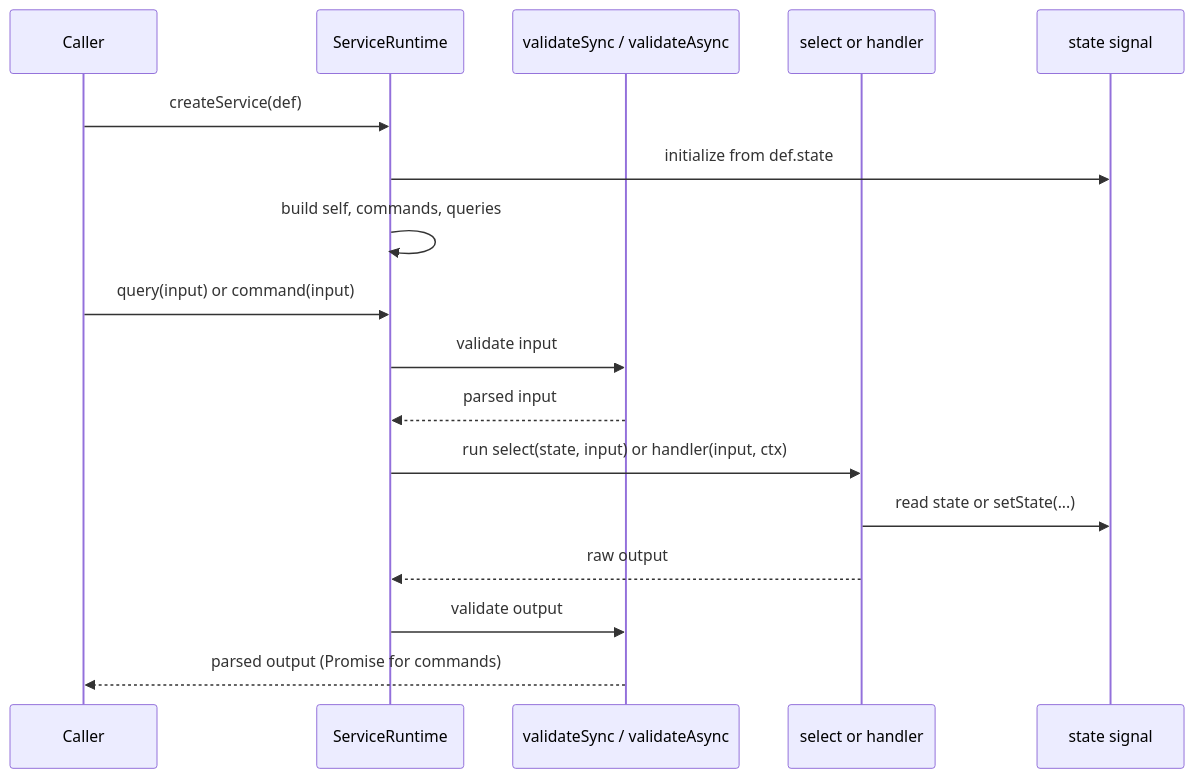
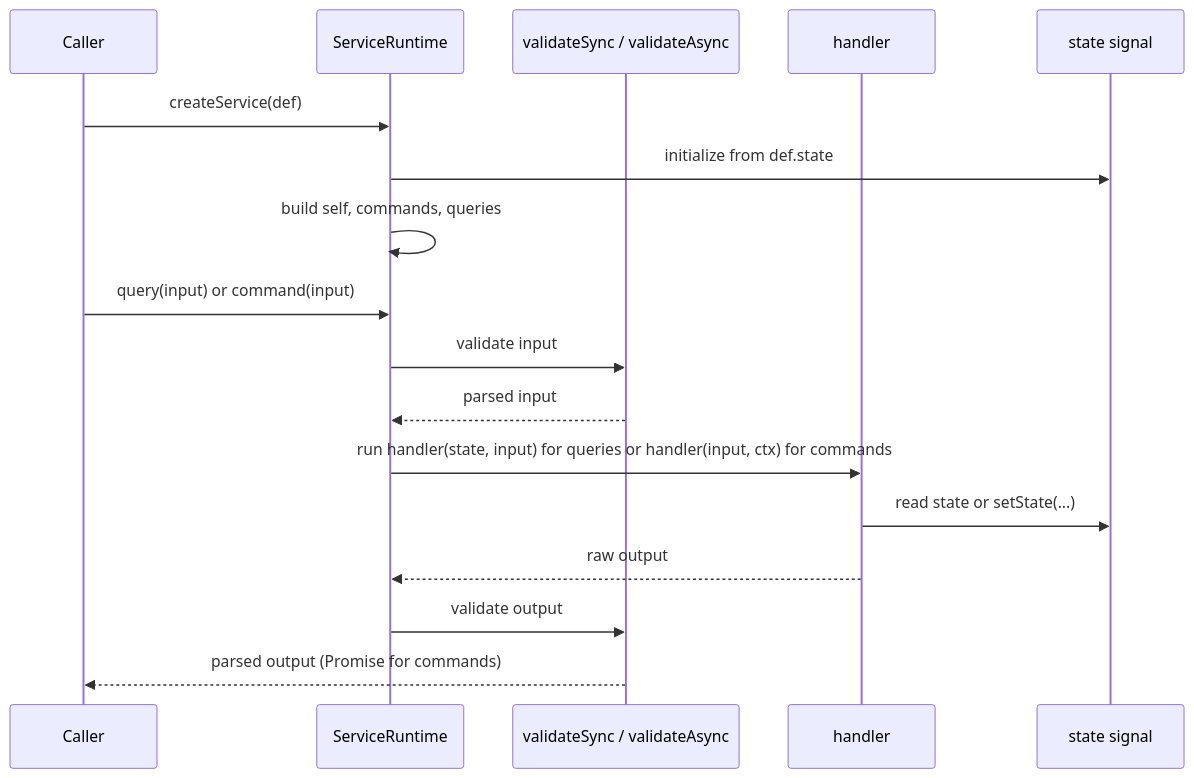
Before and after one commit to storybookjs/storybook: the second of 4 diagrams in code/core/src/service/README.md, drawn with Mermaid. The commit also changed other lines of this file and 9 other files, not shown here.

First line of the commit message:
feat(service): update query definitions to use 'handler' instead of 'select'

````diff
--- a/code/core/src/service/README.md
+++ b/code/core/src/service/README.md
@@ -164,21 +164,21 @@
 ```mermaid
 sequenceDiagram
   participant Caller
   participant Runtime as ServiceRuntime
   participant Schema as validateSync / validateAsync
-  participant Op as select or handler
+  participant Op as handler
   participant State as state signal
 
   Caller->>Runtime: createService(def)
   Runtime->>State: initialize from def.state
   Runtime->>Runtime: build self, commands, queries
 
   Caller->>Runtime: query(input) or command(input)
   Runtime->>Schema: validate input
   Schema-->>Runtime: parsed input
-  Runtime->>Op: run select(state, input) or handler(input, ctx)
+  Runtime->>Op: run handler(state, input) for queries or handler(input, ctx) for commands
   Op->>State: read state or setState(...)
   Op-->>Runtime: raw output
   Runtime->>Schema: validate output
   Schema-->>Caller: parsed output (Promise for commands)
 ```
````
